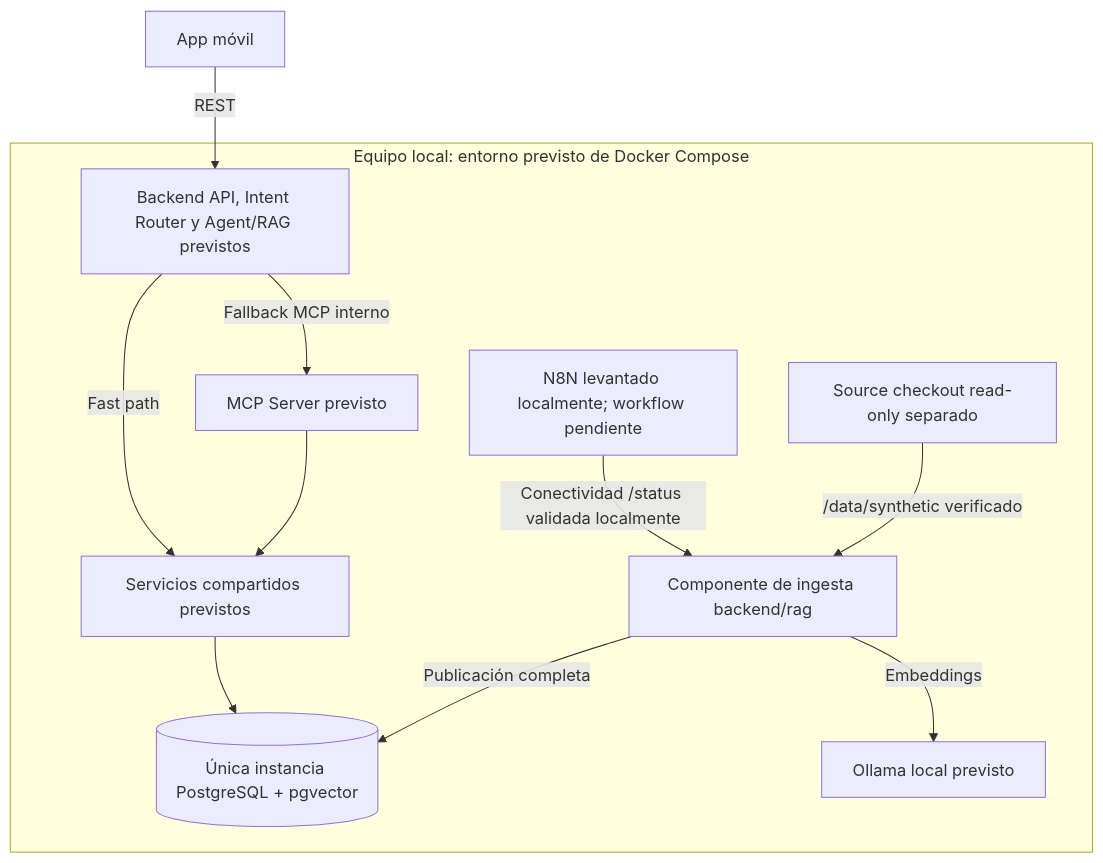
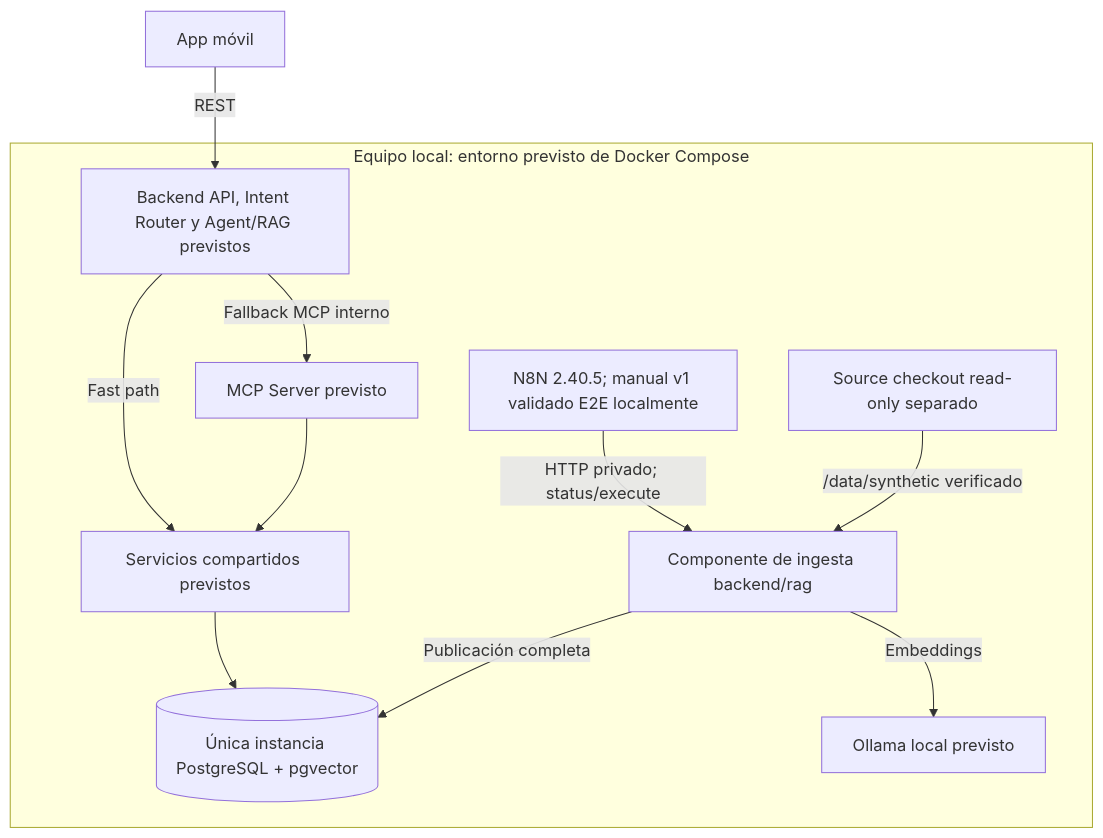
The fourth of 4 diagrams in docs/arquitectura.md (XeyKG/BanuChat_), drawn with Mermaid before and after one commit. The commit also changed other lines of this file and 8 other files, not shown here.

````diff
--- a/docs/arquitectura.md
+++ b/docs/arquitectura.md
@@ -152,14 +157,14 @@
 ```mermaid
 flowchart TB
     M["App móvil"] -->|"REST"| B["Backend API, Intent Router y Agent/RAG previstos"]
     subgraph LOCAL["Equipo local: entorno previsto de Docker Compose"]
         B -->|"Fallback MCP interno"| C["MCP Server previsto"]
         B -->|"Fast path"| S["Servicios compartidos previstos"]
         C --> S
         S --> P[("Única instancia PostgreSQL + pgvector")]
-        N["N8N levantado localmente; workflow pendiente"] -->|"Conectividad /status validada localmente"| I["Componente de ingesta backend/rag"]
+        N["N8N 2.40.5; manual v1 validado E2E localmente"] -->|"HTTP privado; status/execute"| I["Componente de ingesta backend/rag"]
         I -->|"Publicación completa"| P
         I -->|"Embeddings"| O["Ollama local previsto"]
         D["Source checkout read-only separado"] -->|"/data/synthetic verificado"| I
     end
 ```
````
